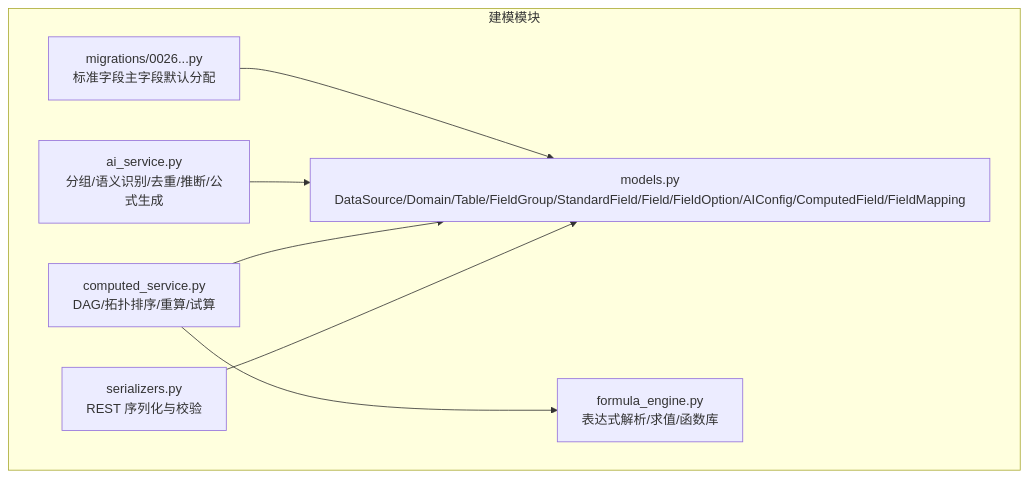
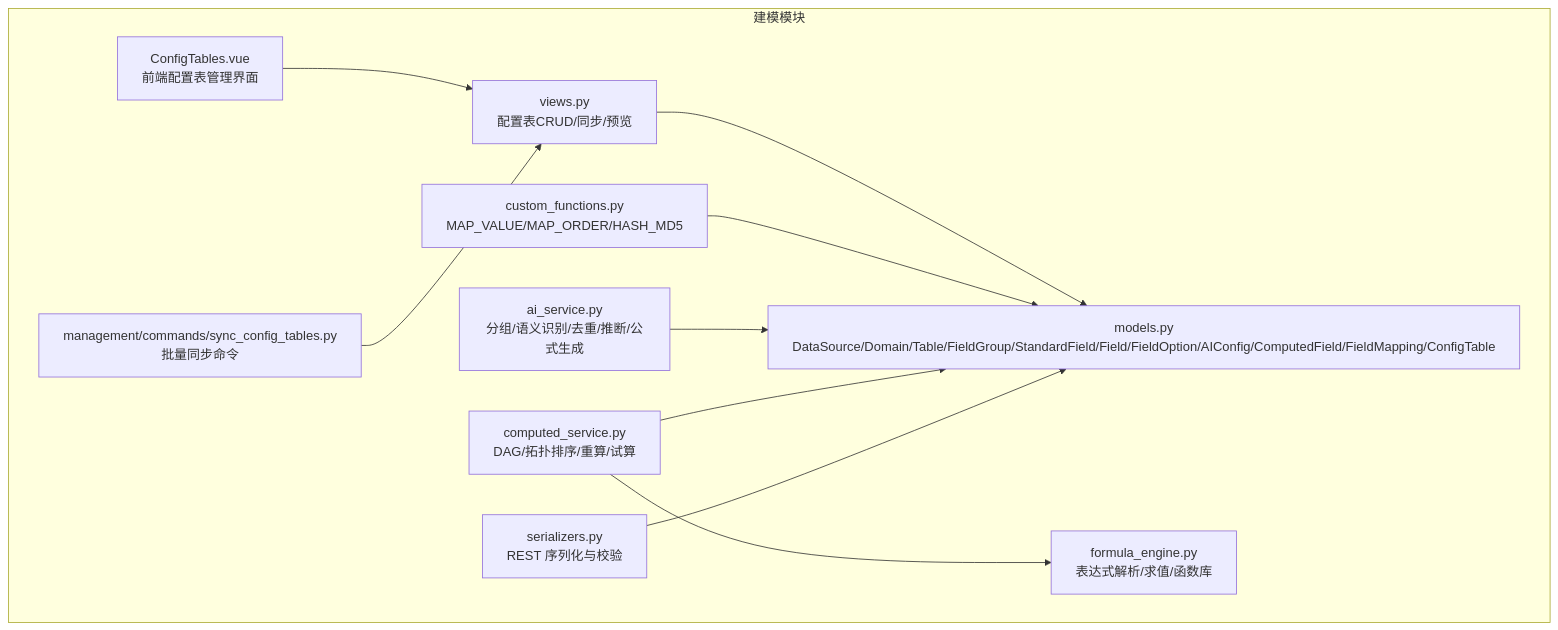
Before and after one commit to zyp-coder/Metadata: the first of 3 diagrams in .qoder/repowiki/zh/content/架构设计/数据架构/数据模型/数据建模模块模型/数据建模模块模型.md, drawn with Mermaid. The commit also changed other lines of this file and 54 other files, not shown here.

````diff
--- a/.qoder/repowiki/zh/content/架构设计/数据架构/数据模型/数据建模模块模型/数据建模模块模型.md
+++ b/.qoder/repowiki/zh/content/架构设计/数据架构/数据模型/数据建模模块模型/数据建模模块模型.md
@@ -31,16 +44,22 @@
 ```mermaid
 graph TB
 subgraph "建模模块"
-M["models.py<br/>DataSource/Domain/Table/FieldGroup/StandardField/Field/FieldOption/AIConfig/ComputedField/FieldMapping"]
+M["models.py<br/>DataSource/Domain/Table/FieldGroup/StandardField/Field/FieldOption/AIConfig/ComputedField/FieldMapping/ConfigTable"]
 S["serializers.py<br/>REST 序列化与校验"]
 CS["computed_service.py<br/>DAG/拓扑排序/重算/试算"]
 FE["formula_engine.py<br/>表达式解析/求值/函数库"]
+CF["custom_functions.py<br/>MAP_VALUE/MAP_ORDER/HASH_MD5"]
+V["views.py<br/>配置表CRUD/同步/预览"]
+MC["management/commands/sync_config_tables.py<br/>批量同步命令"]
 AI["ai_service.py<br/>分组/语义识别/去重/推断/公式生成"]
-MIG["migrations/0026...py<br/>标准字段主字段默认分配"]
+FT["ConfigTables.vue<br/>前端配置表管理界面"]
 end
 S --> M
 CS --> M
 CS --> FE
 AI --> M
-MIG --> M
+CF --> M
+V --> M
+MC --> V
+FT --> V
 ```
````
